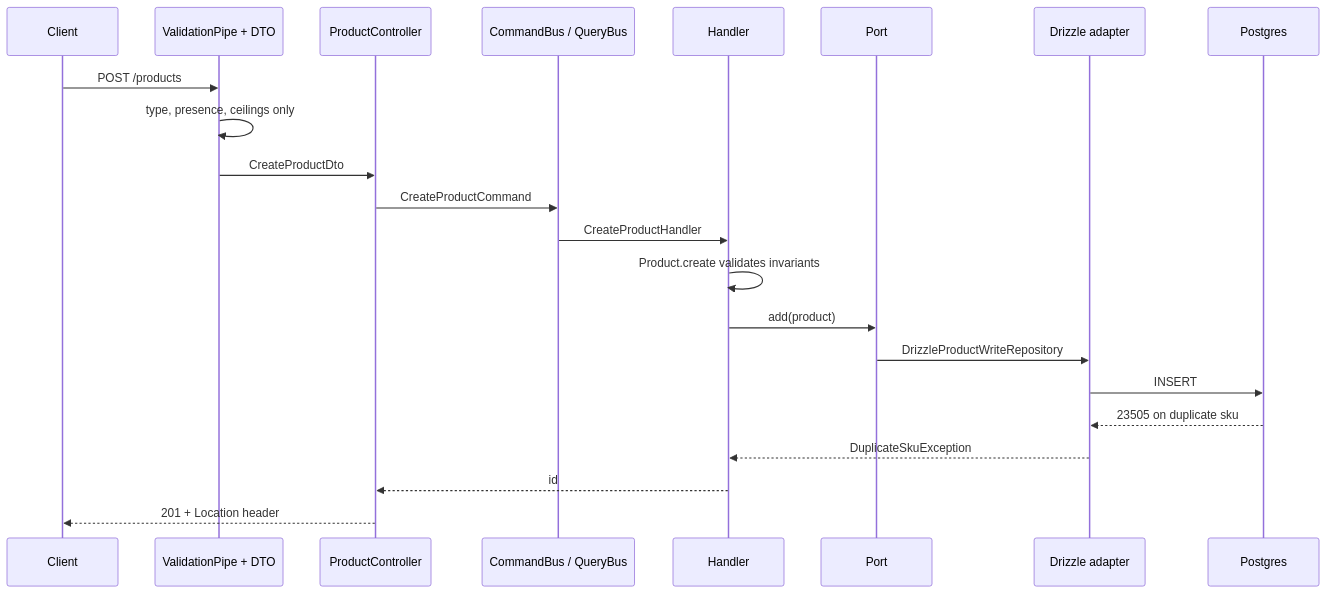
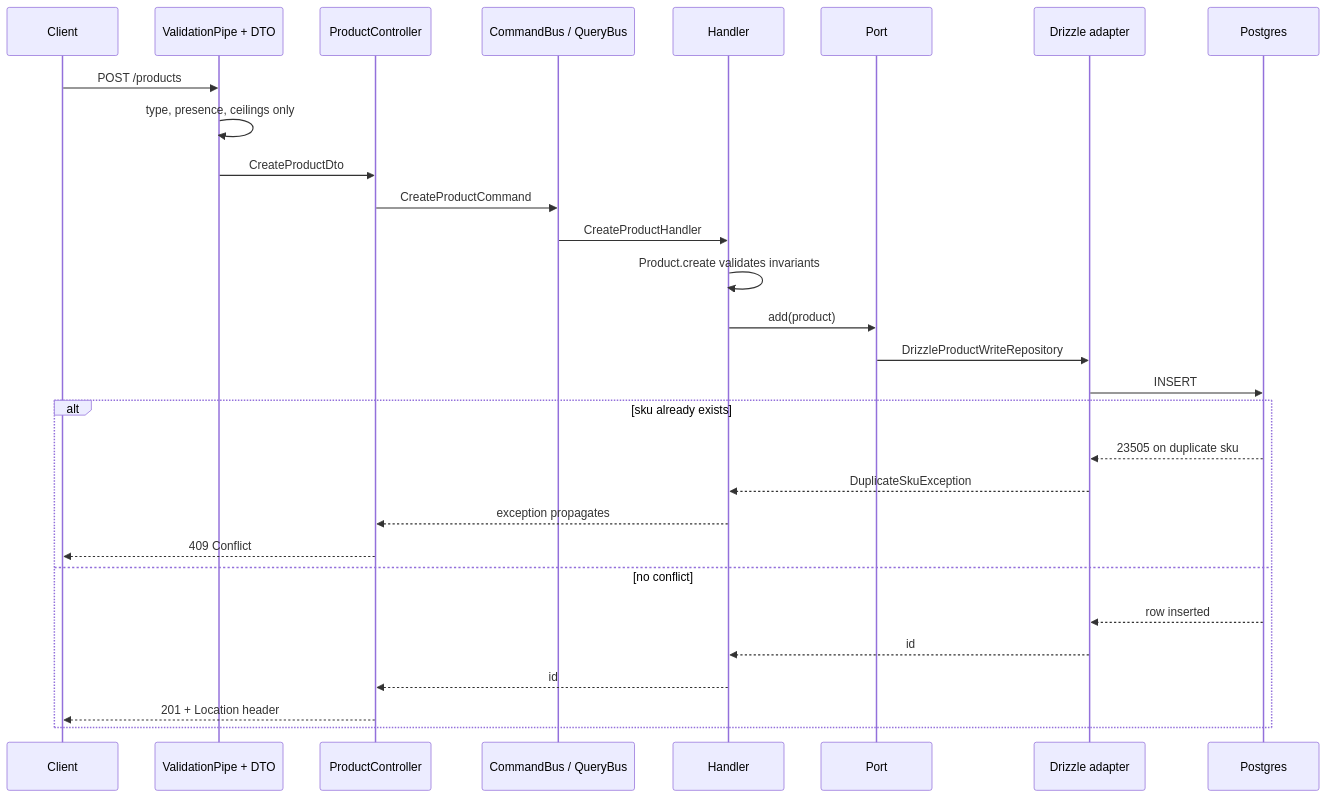
One commit to DanielCyubahiro/e-commerce changed the diagram in docs/architecture.md. Above: the diagram before and after it, drawn with Mermaid. The commit also changed other lines of this file and 6 other files, not shown here.

````diff
--- a/docs/architecture.md
+++ b/docs/architecture.md
@@ -52,25 +54,32 @@
 ```mermaid
 sequenceDiagram
     participant C as Client
     participant V as ValidationPipe + DTO
     participant Ctl as ProductController
     participant B as CommandBus / QueryBus
     participant H as Handler
     participant P as Port
     participant A as Drizzle adapter
     participant DB as Postgres
 
     C->>V: POST /products
     V->>V: type, presence, ceilings only
     V->>Ctl: CreateProductDto
     Ctl->>B: CreateProductCommand
     B->>H: CreateProductHandler
     H->>H: Product.create validates invariants
     H->>P: add(product)
     P->>A: DrizzleProductWriteRepository
     A->>DB: INSERT
-    DB-->>A: 23505 on duplicate sku
-    A-->>H: DuplicateSkuException
-    H-->>Ctl: id
-    Ctl-->>C: 201 + Location header
+    alt sku already exists
+        DB-->>A: 23505 on duplicate sku
+        A-->>H: DuplicateSkuException
+        H-->>Ctl: exception propagates
+        Ctl-->>C: 409 Conflict
+    else no conflict
+        DB-->>A: row inserted
+        A-->>H: id
+        H-->>Ctl: id
+        Ctl-->>C: 201 + Location header
+    end
 ```
````
